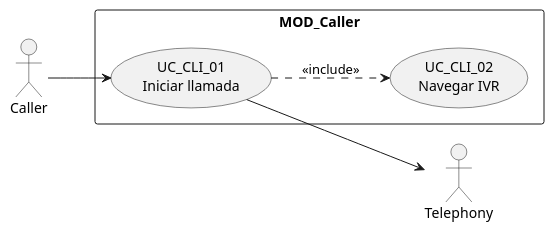
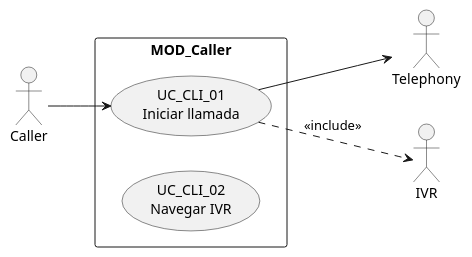
One commit to jcg-admin/IACT-docs changed the diagram in source/requisitos/casos-uso/caller/uc-cli-01/diagramas-uml/caso-de-uso.rst. Above: the diagram before and after it, drawn with PlantUML. The commit also changed 47 other files, not shown here.

First line of the commit message:
Fix cryptic PlantUML aliases in UC and architecture files (STD_011)

```diff
--- a/source/requisitos/casos-uso/caller/uc-cli-01/diagramas-uml/caso-de-uso.rst
+++ b/source/requisitos/casos-uso/caller/uc-cli-01/diagramas-uml/caso-de-uso.rst
@@ -4,14 +4,14 @@
 .. uml::
 
  @startuml
  left to right direction
  actor "Caller" as Caller
  actor "Telephony" as Telephony
  rectangle "MOD_Caller" {
    usecase "UC_CLI_01\nIniciar llamada" as UcCli01
-   usecase "UC_CLI_02\nNavegar IVR" as IVR
+   usecase "UC_CLI_02\nNavegar IVR" as SistemaIVR
  }
  Caller --> UcCli01
  UcCli01 --> Telephony
  UcCli01 ..> IVR : <<include>>
  @enduml
```
